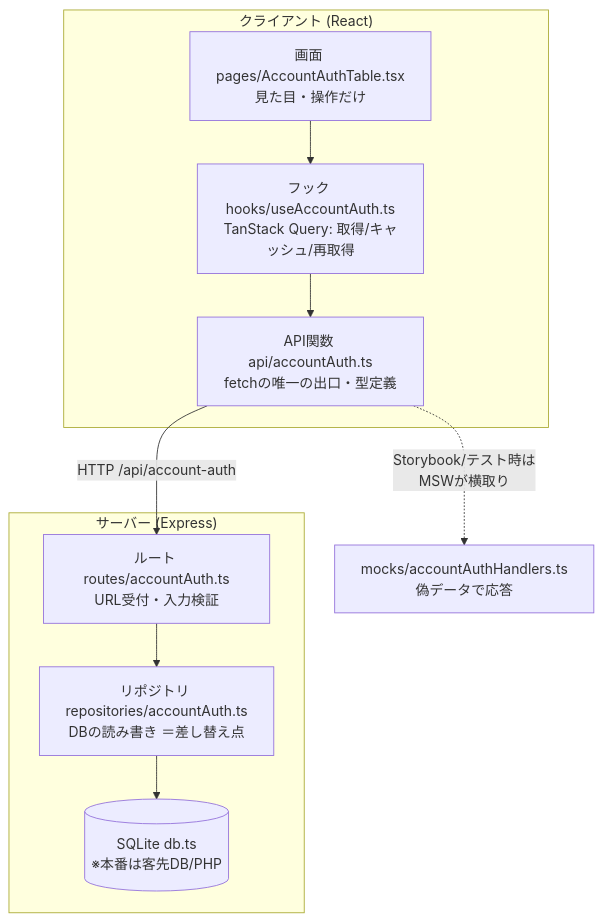
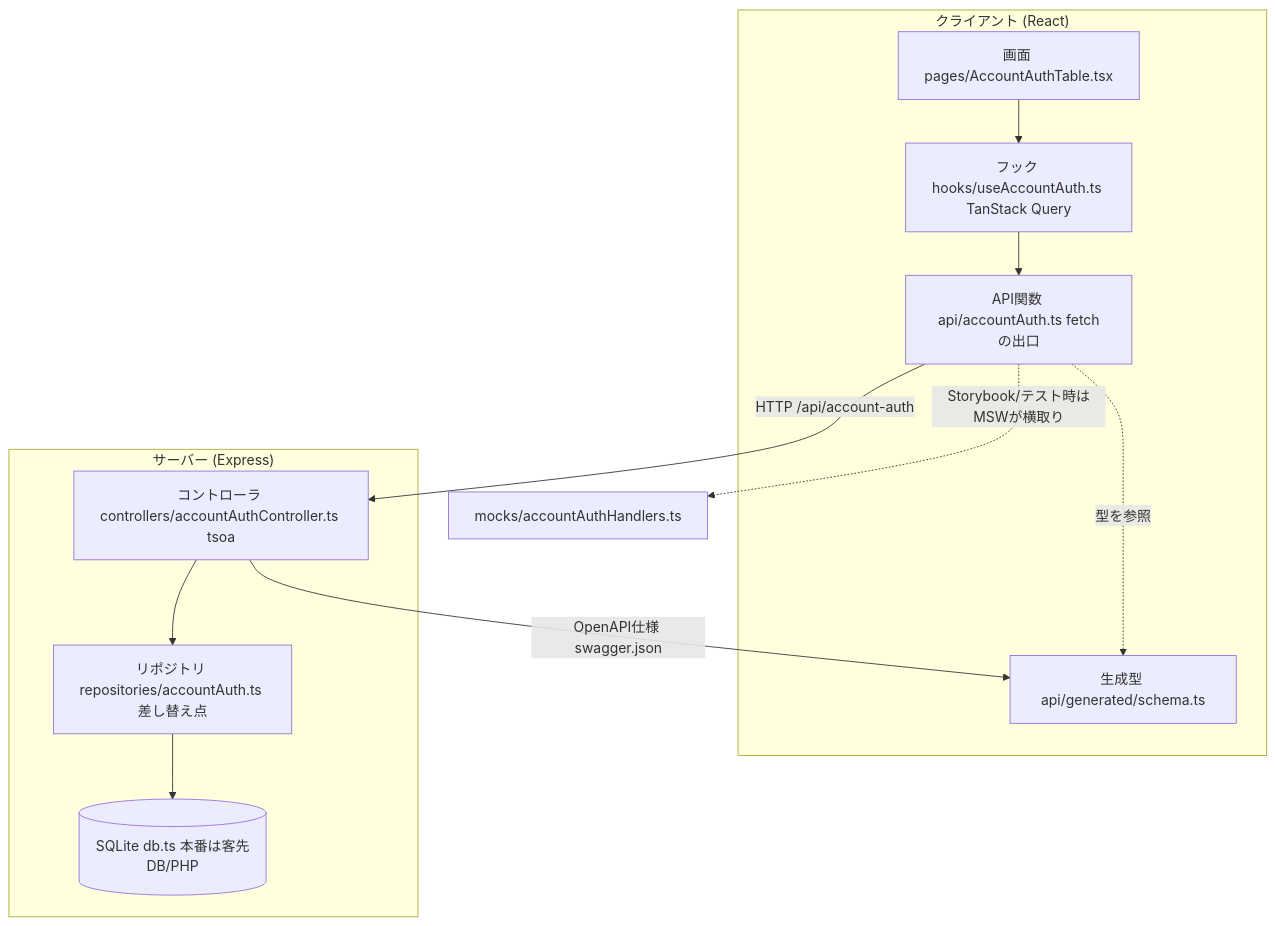
The first of 2 diagrams in docs/画面実装パターン.md (katsya1117/dmt), drawn with Mermaid before and after one commit. The commit also changed other lines of this file and 2 other files, not shown here.

First line of the commit message:
ドキュメントをtsoa+OpenAPI構成に更新

````diff
--- a/docs/画面実装パターン.md
+++ b/docs/画面実装パターン.md
@@ -31,19 +31,22 @@
 ```mermaid
 flowchart TB
   subgraph client["クライアント (React)"]
-    Page["画面 pages/AccountAuthTable.tsx<br/>見た目・操作だけ"]
-    Hook["フック hooks/useAccountAuth.ts<br/>TanStack Query: 取得/キャッシュ/再取得"]
-    Api["API関数 api/accountAuth.ts<br/>fetchの唯一の出口・型定義"]
+    Page["画面 pages/AccountAuthTable.tsx"]
+    Hook["フック hooks/useAccountAuth.ts TanStack Query"]
+    Api["API関数 api/accountAuth.ts fetchの出口"]
+    Schema["生成型 api/generated/schema.ts"]
     Page --> Hook --> Api
+    Api -. 型を参照 .-> Schema
   end
 
   subgraph server["サーバー (Express)"]
-    Route["ルート routes/accountAuth.ts<br/>URL受付・入力検証"]
-    Repo["リポジトリ repositories/accountAuth.ts<br/>DBの読み書き ＝差し替え点"]
-    DB[("SQLite db.ts<br/>※本番は客先DB/PHP")]
-    Route --> Repo --> DB
+    Ctrl["コントローラ controllers/accountAuthController.ts tsoa"]
+    Repo["リポジトリ repositories/accountAuth.ts 差し替え点"]
+    DB[("SQLite db.ts 本番は客先DB/PHP")]
+    Ctrl --> Repo --> DB
   end
 
-  Api -->|"HTTP /api/account-auth"| Route
-  Api -. "Storybook/テスト時は<br/>MSWが横取り" .-> MSW["mocks/accountAuthHandlers.ts<br/>偽データで応答"]
+  Api -->|"HTTP /api/account-auth"| Ctrl
+  Ctrl -->|"OpenAPI仕様 swagger.json"| Schema
+  Api -. "Storybook/テスト時はMSWが横取り" .-> MSW["mocks/accountAuthHandlers.ts"]
 ```
````
